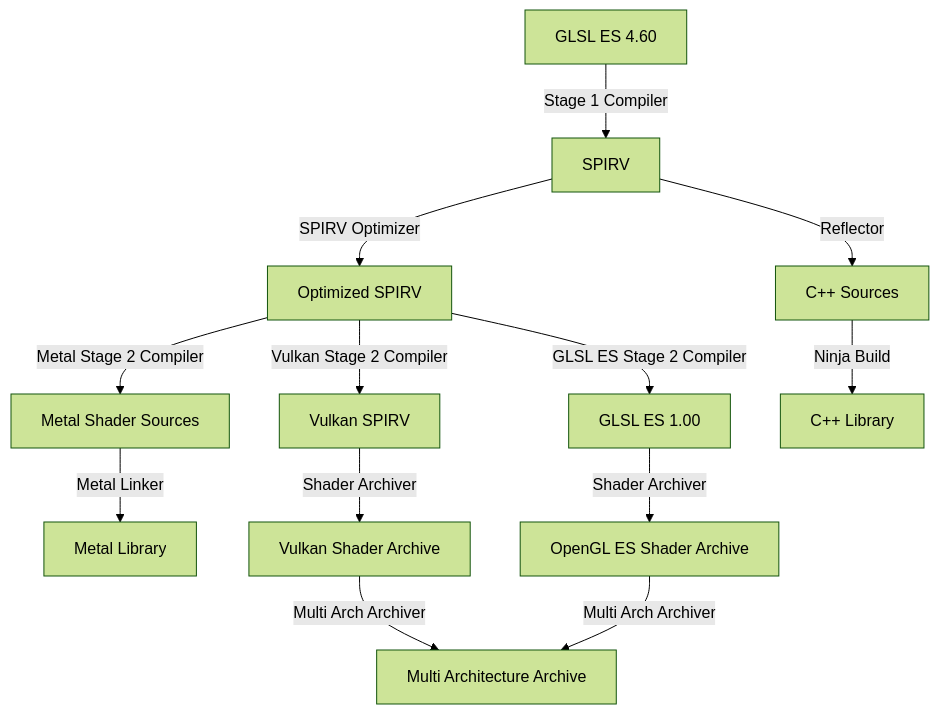
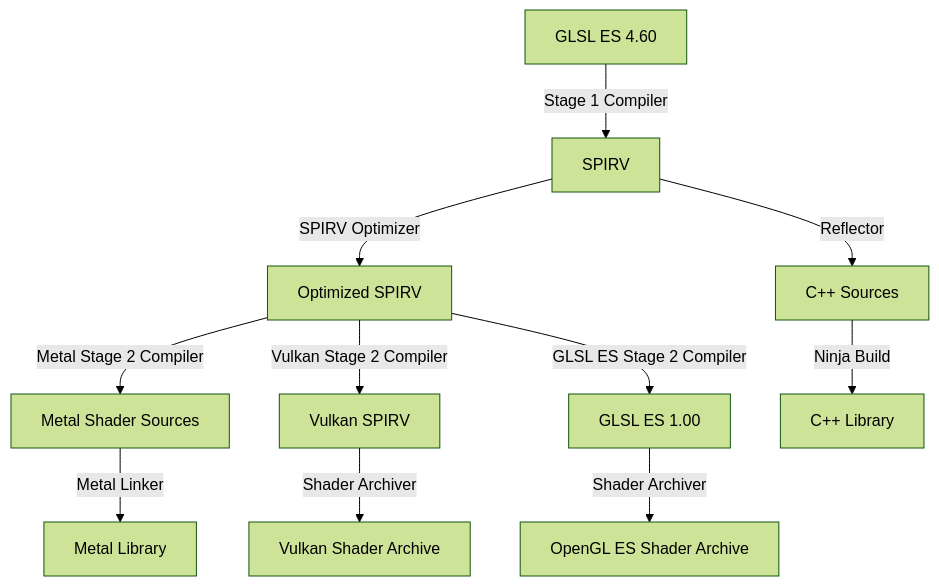
The diagram in impeller/README.md (FeliaCode/SignEmber), drawn with Mermaid (forest theme) before and after one commit. The commit also changed 13 other files, not shown here.

First line of the commit message:
[Impeller] Revert support for multi-arch shader archives. (#53158)

````diff
--- a/impeller/README.md
+++ b/impeller/README.md
@@ -161,21 +161,18 @@
 ```mermaid
 flowchart TD
     glsl_460[GLSL ES 4.60] -- Stage 1 Compiler --> spirv[SPIRV]
 
     spirv -- SPIRV Optimizer --> optimized_spirv[Optimized SPIRV]
 
     optimized_spirv -- Metal Stage 2 Compiler --> metal_sources[Metal Shader Sources]
     metal_sources -- Metal Linker --> metal_library[Metal Library]
 
     optimized_spirv -- Vulkan Stage 2 Compiler --> vulkan_spirv[Vulkan SPIRV]
     vulkan_spirv -- Shader Archiver --> vulkan_shader_archive[Vulkan Shader Archive]
 
     optimized_spirv -- GLSL ES Stage 2 Compiler --> glsl_es_100[GLSL ES 1.00]
     glsl_es_100 -- Shader Archiver --> gles_shader_archive[OpenGL ES Shader Archive]
 
     spirv -- Reflector --> cxx_sources[C++ Sources]
     cxx_sources -- Ninja Build --> cxx_library[C++ Library]
-
-    vulkan_shader_archive -- Multi Arch Archiver --> multi_arch_archive[Multi Architecture Archive]
-    gles_shader_archive -- Multi Arch Archiver --> multi_arch_archive
 ```
````
